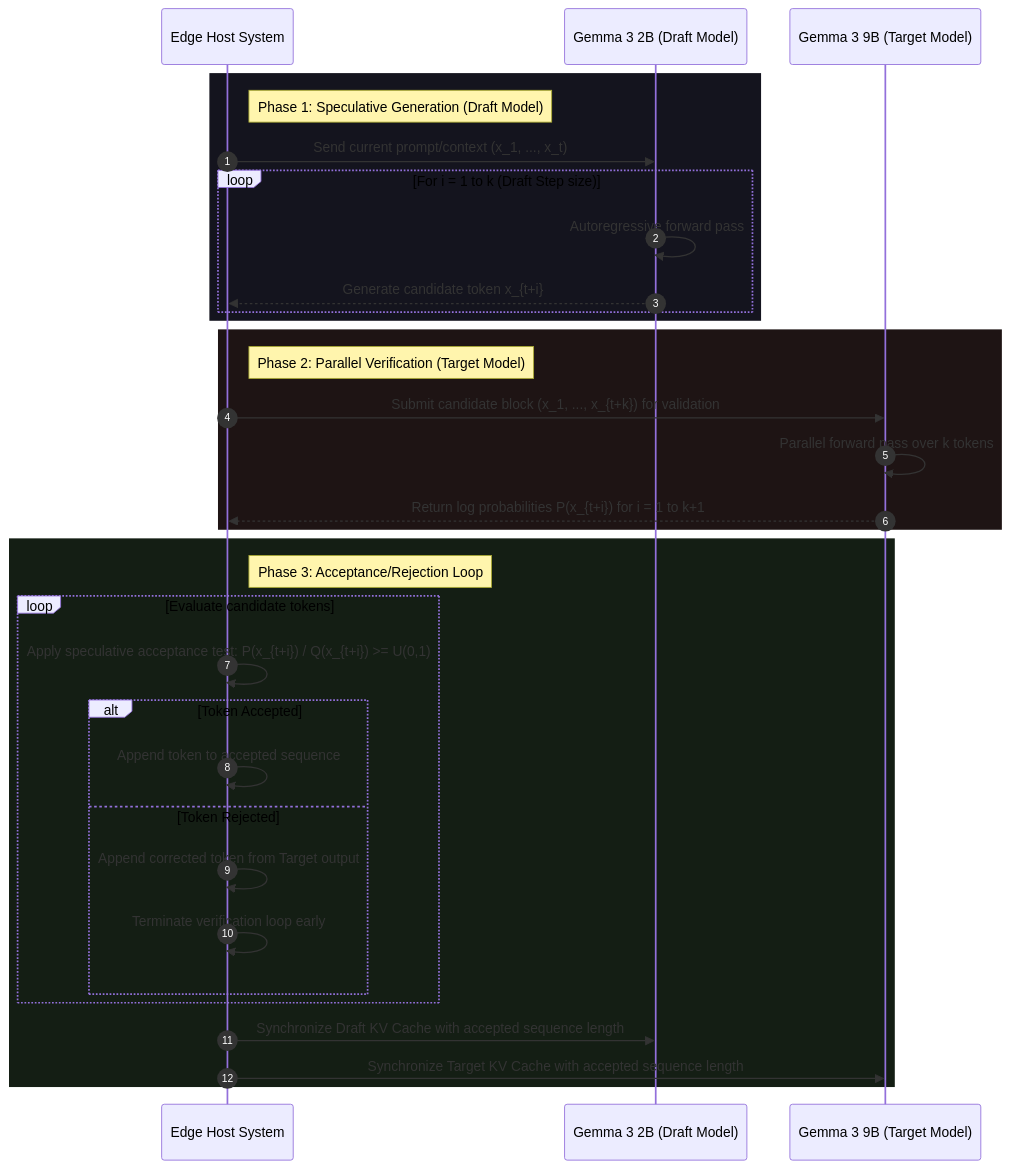
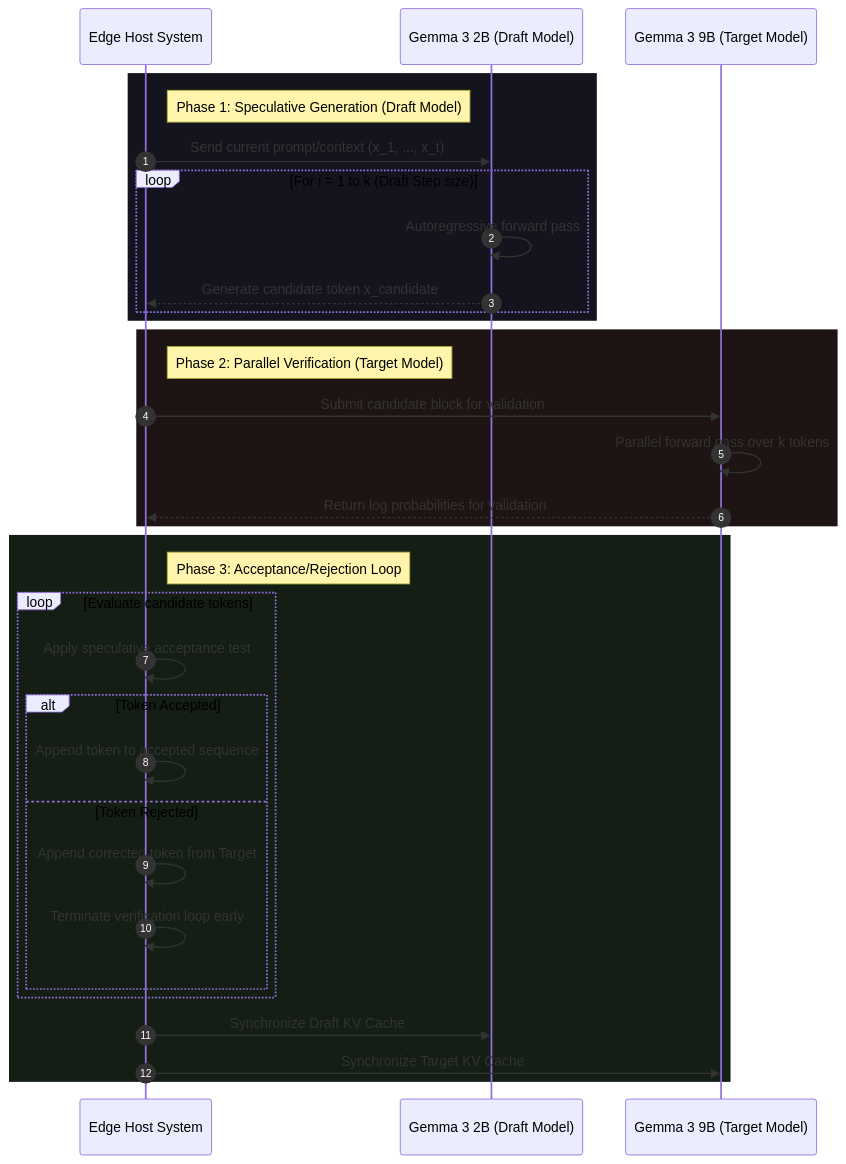
One commit to abhiavi/google-sovereign-portfolio changed the diagram in track10_gdc_gemma3_l4/POV_v3_Gemma3_Edge_Quantization.md. Above: the diagram before and after it, drawn with Mermaid. The commit also changed other lines of this file, not shown here.

Commit message:
Fix Markdown rendering: escape underscores in LaTeX and repair Mermaid diagram

````diff
--- a/track10_gdc_gemma3_l4/POV_v3_Gemma3_Edge_Quantization.md
+++ b/track10_gdc_gemma3_l4/POV_v3_Gemma3_Edge_Quantization.md
@@ -22,38 +22,38 @@
 ```mermaid
 sequenceDiagram
     autonumber
     participant Host as Edge Host System
     participant Draft as Gemma 3 2B (Draft Model)
     participant Target as Gemma 3 9B (Target Model)
     
     rect rgb(20, 20, 30)
         note right of Host: Phase 1: Speculative Generation (Draft Model)
         Host->>Draft: Send current prompt/context (x_1, ..., x_t)
         loop For i = 1 to k (Draft Step size)
             Draft->>Draft: Autoregressive forward pass
-            Draft-->>Host: Generate candidate token x_{t+i}
+            Draft-->>Host: Generate candidate token x_candidate
         end
     end
     
     rect rgb(30, 20, 20)
         note right of Host: Phase 2: Parallel Verification (Target Model)
-        Host->>Target: Submit candidate block (x_1, ..., x_{t+k}) for validation
+        Host->>Target: Submit candidate block for validation
         Target->>Target: Parallel forward pass over k tokens
-        Target-->>Host: Return log probabilities P(x_{t+i}) for i = 1 to k+1
+        Target-->>Host: Return log probabilities for validation
     end
     
     rect rgb(20, 30, 20)
         note right of Host: Phase 3: Acceptance/Rejection Loop
         loop Evaluate candidate tokens
-            Host->>Host: Apply speculative acceptance test: P(x_{t+i}) / Q(x_{t+i}) >= U(0,1)
+            Host->>Host: Apply speculative acceptance test
             alt Token Accepted
                 Host->>Host: Append token to accepted sequence
             else Token Rejected
-                Host->>Host: Append corrected token from Target output
+                Host->>Host: Append corrected token from Target
                 Host->>Host: Terminate verification loop early
             end
         end
-        Host->>Draft: Synchronize Draft KV Cache with accepted sequence length
-        Host->>Target: Synchronize Target KV Cache with accepted sequence length
+        Host->>Draft: Synchronize Draft KV Cache
+        Host->>Target: Synchronize Target KV Cache
     end
 ```
````
